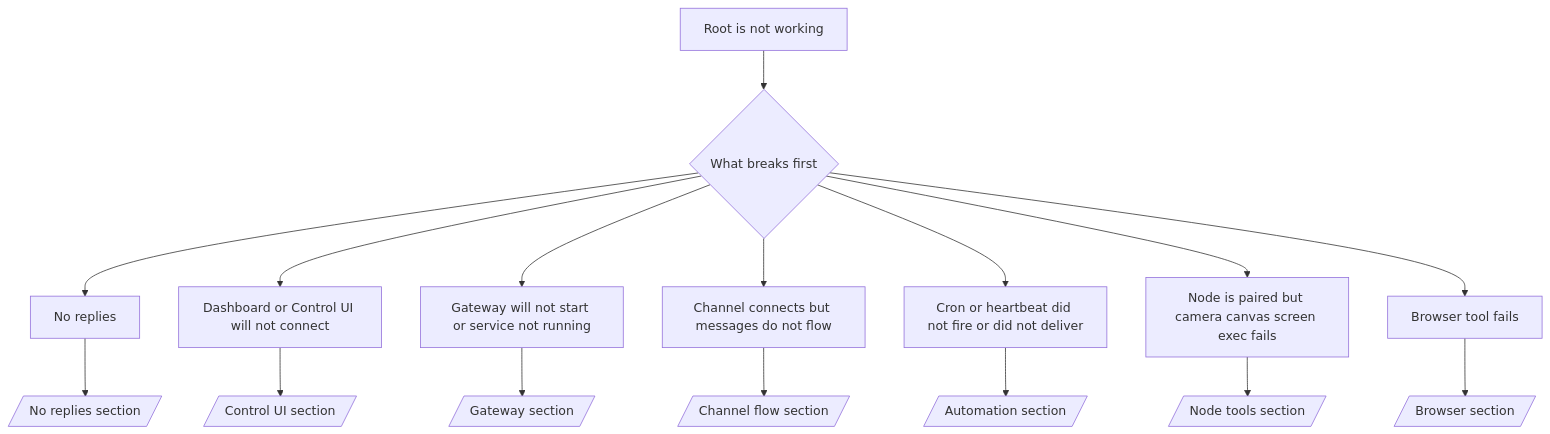
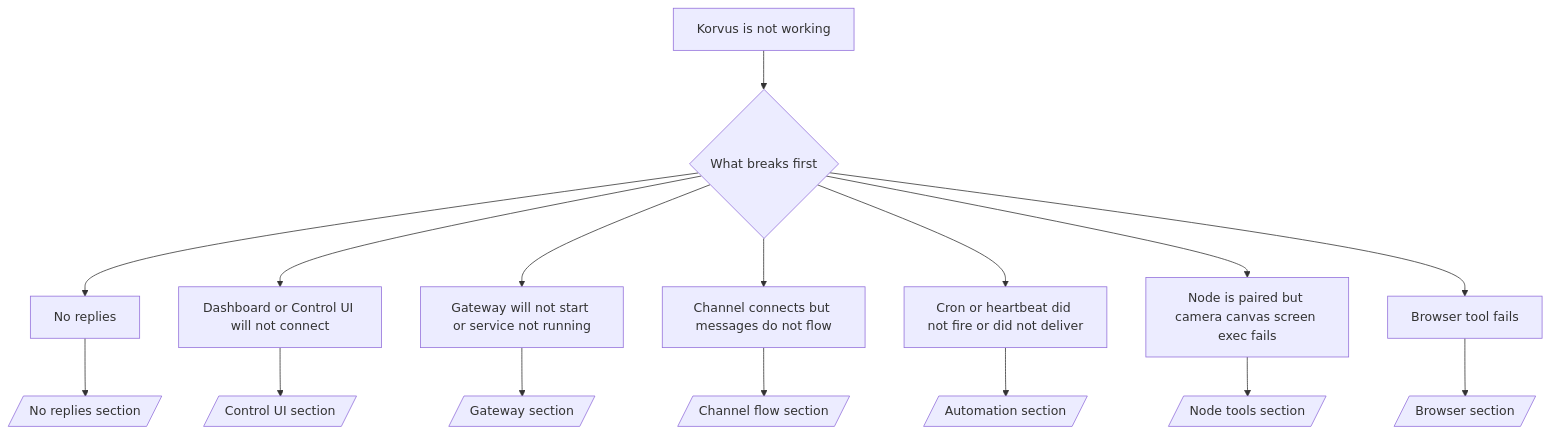
One commit to kulharir7/root-ai-releases changed the diagram in docs/help/troubleshooting.md. Above: the diagram before and after it, drawn with Mermaid. The commit also changed other lines of this file and 430 other files, not shown here.

````diff
--- a/docs/help/troubleshooting.md
+++ b/docs/help/troubleshooting.md
@@ -39,19 +39,19 @@
 ```mermaid
 flowchart TD
-  A[Root is not working] --> B{What breaks first}
+  A[Korvus is not working] --> B{What breaks first}
   B --> C[No replies]
   B --> D[Dashboard or Control UI will not connect]
   B --> E[Gateway will not start or service not running]
   B --> F[Channel connects but messages do not flow]
   B --> G[Cron or heartbeat did not fire or did not deliver]
   B --> H[Node is paired but camera canvas screen exec fails]
   B --> I[Browser tool fails]
 
   C --> C1[/No replies section/]
   D --> D1[/Control UI section/]
   E --> E1[/Gateway section/]
   F --> F1[/Channel flow section/]
   G --> G1[/Automation section/]
   H --> H1[/Node tools section/]
   I --> I1[/Browser section/]
 ```
````
